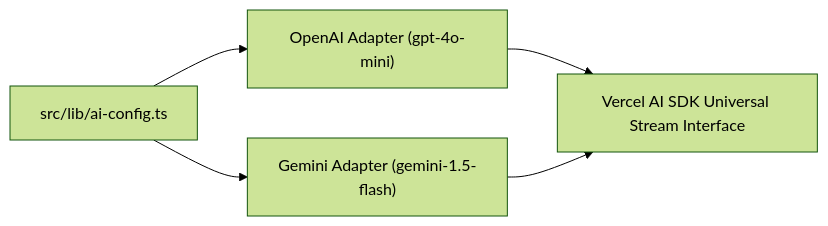
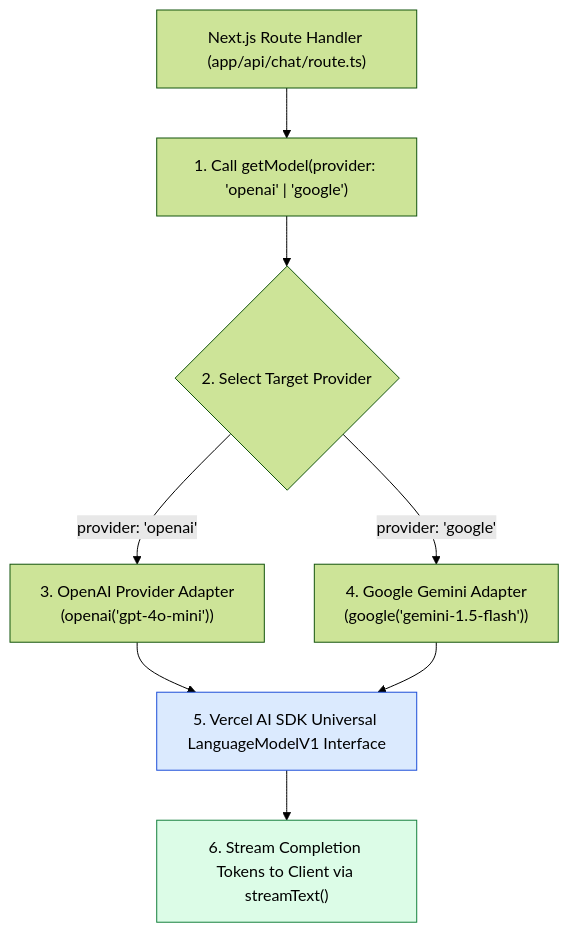
Before and after one commit to Amie-dev/engineering-playbook: the first of 3 diagrams in agentic-ai-notes/08-samvaad-ai/01-ai-config.md, drawn with Mermaid (forest theme). The commit also changed other lines of this file and 8 other files, not shown here.

````diff
--- a/agentic-ai-notes/08-samvaad-ai/01-ai-config.md
+++ b/agentic-ai-notes/08-samvaad-ai/01-ai-config.md
@@ -10,7 +13,17 @@
 ```mermaid
-flowchart LR
-    AppConfig[src/lib/ai-config.ts] --> OpenAI["OpenAI Adapter (gpt-4o-mini)"]
-    AppConfig --> Gemini["Gemini Adapter (gemini-1.5-flash)"]
-    OpenAI --> UniversalAISDK[Vercel AI SDK Universal Stream Interface]
-    Gemini --> UniversalAISDK
+flowchart TD
+    RouteHandler["Next.js Route Handler (app/api/chat/route.ts)"] --> Selector["1. Call getModel(provider: 'openai' | 'google')"]
+
+    Selector --> FactoryChoice{"2. Select Target Provider"}
+
+    FactoryChoice -- "provider: 'openai'" --> OpenAIAdapter["3. OpenAI Provider Adapter<br/>(openai('gpt-4o-mini'))"]
+
+    FactoryChoice -- "provider: 'google'" --> GeminiAdapter["4. Google Gemini Adapter<br/>(google('gemini-1.5-flash'))"]
+
+    OpenAIAdapter & GeminiAdapter --> UniversalSDK["5. Vercel AI SDK Universal LanguageModelV1 Interface"]
+
+    UniversalSDK --> StreamEngine["6. Stream Completion Tokens to Client via streamText()"]
+
+    style UniversalSDK fill:#dbeafe,stroke:#1d4ed8
+    style StreamEngine fill:#dcfce7,stroke:#15803d
 ```
````
